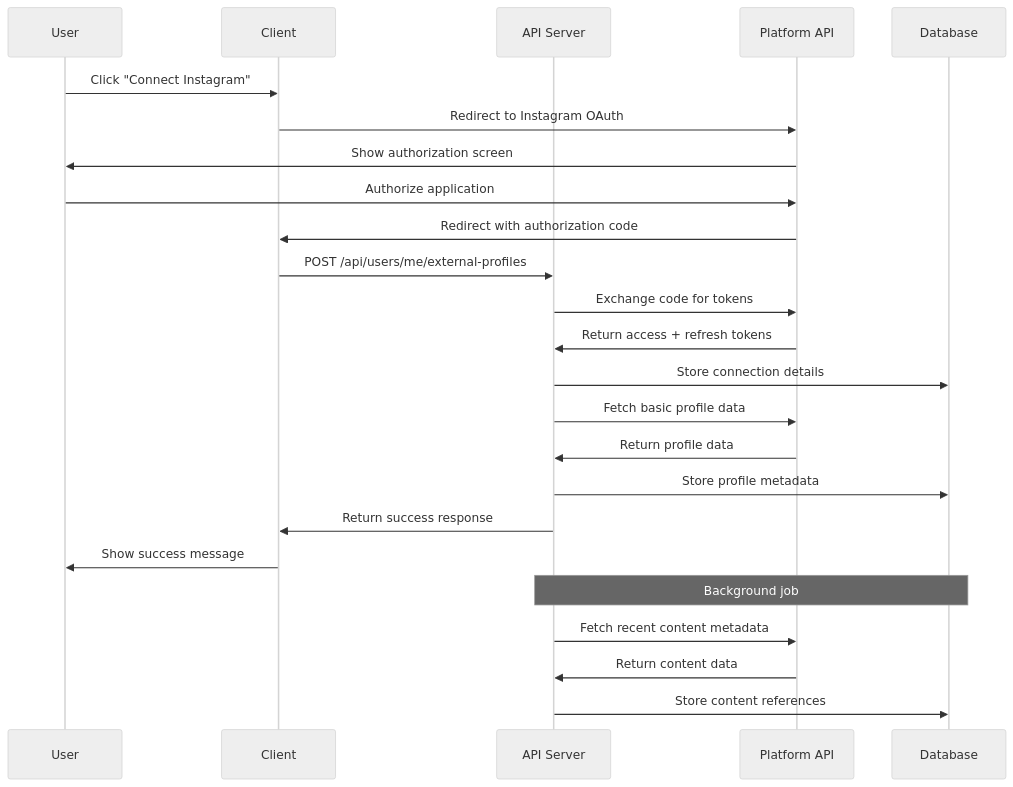
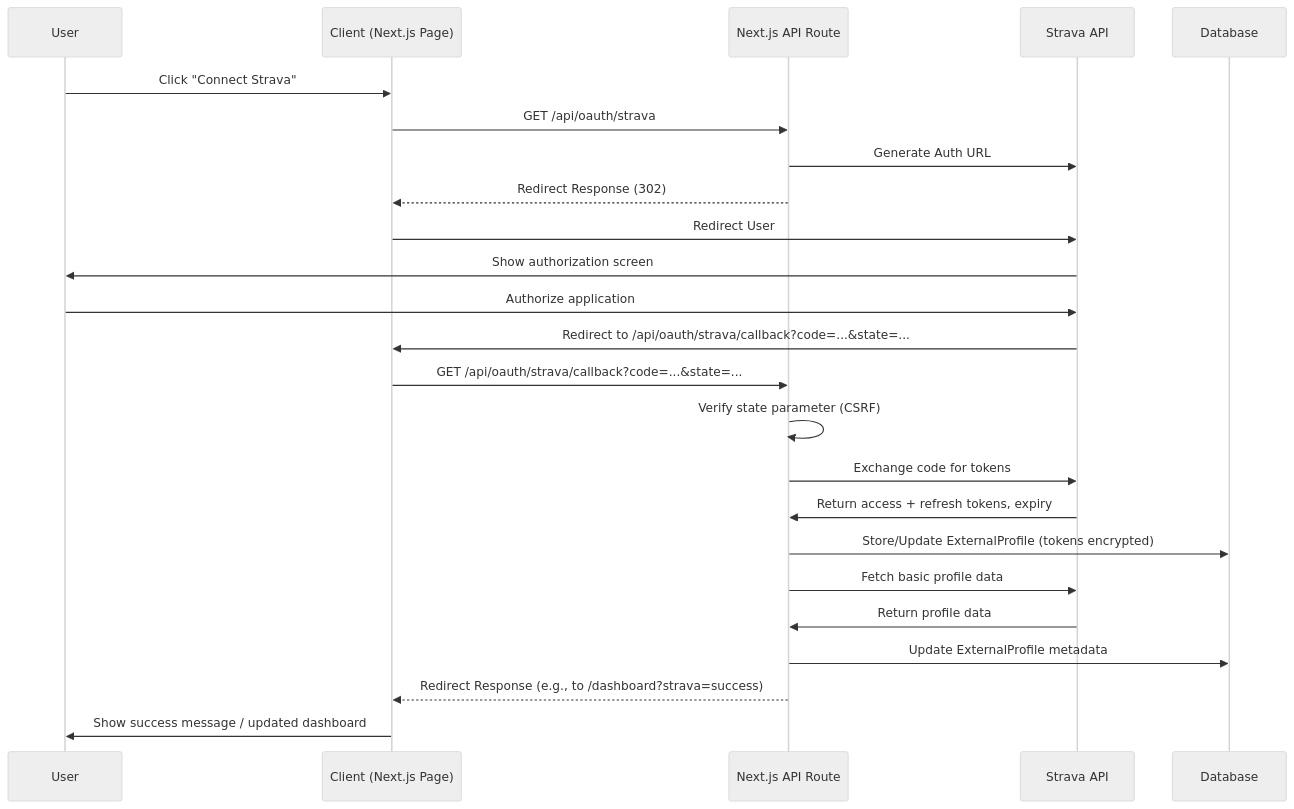
The third of 3 diagrams in spec.md (Rwb3n/werkout), drawn with Mermaid (neutral theme) before and after one commit. The commit also changed other lines of this file and 15 other files, not shown here.

````diff
--- a/spec.md
+++ b/spec.md
@@ -624,28 +583,27 @@
 ```mermaid
 sequenceDiagram
     participant U as User
-    participant C as Client
-    participant A as API Server
-    participant P as Platform API
-    participant D as Database
+    participant C as Client (Next.js Page)
+    participant API as Next.js API Route
+    participant Strava as Strava API
+    participant DB as Database
     
-    U->>C: Click "Connect Instagram"
-    C->>P: Redirect to Instagram OAuth
-    P->>U: Show authorization screen
-    U->>P: Authorize application
-    P->>C: Redirect with authorization code
-    C->>A: POST /api/users/me/external-profiles
-    A->>P: Exchange code for tokens
-    P->>A: Return access + refresh tokens
-    A->>D: Store connection details
-    A->>P: Fetch basic profile data
-    P->>A: Return profile data
-    A->>D: Store profile metadata
-    A->>C: Return success response
-    C->>U: Show success message
-    
-    note over A,D: Background job
-    A->>P: Fetch recent content metadata
-    P->>A: Return content data
-    A->>D: Store content references
+    U->>C: Click "Connect Strava"
+    C->>API: GET /api/oauth/strava
+    API->>Strava: Generate Auth URL
+    API-->>C: Redirect Response (302)
+    C->>Strava: Redirect User
+    Strava->>U: Show authorization screen
+    U->>Strava: Authorize application
+    Strava->>C: Redirect to /api/oauth/strava/callback?code=...&state=...
+    C->>API: GET /api/oauth/strava/callback?code=...&state=...
+    API->>API: Verify state parameter (CSRF)
+    API->>Strava: Exchange code for tokens
+    Strava->>API: Return access + refresh tokens, expiry
+    API->>DB: Store/Update ExternalProfile (tokens encrypted)
+    API->>Strava: Fetch basic profile data
+    Strava->>API: Return profile data
+    API->>DB: Update ExternalProfile metadata
+    API-->>C: Redirect Response (e.g., to /dashboard?strava=success)
+    C->>U: Show success message / updated dashboard
 ```
````
